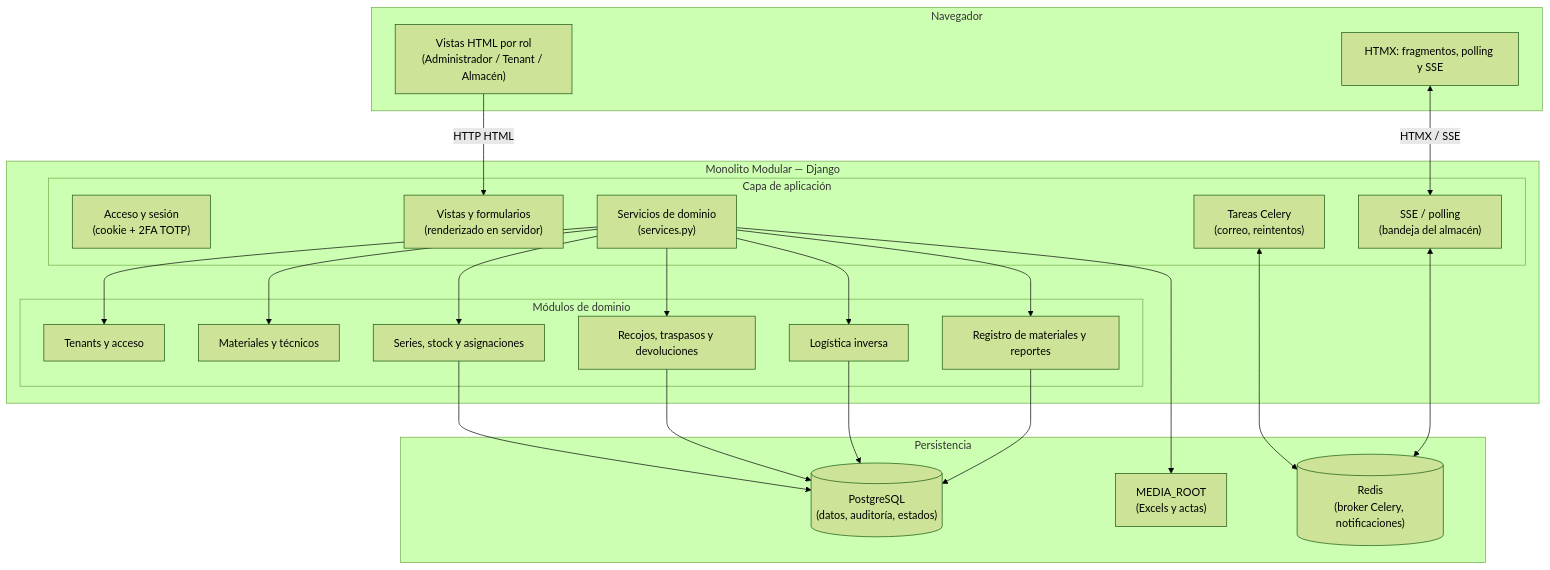
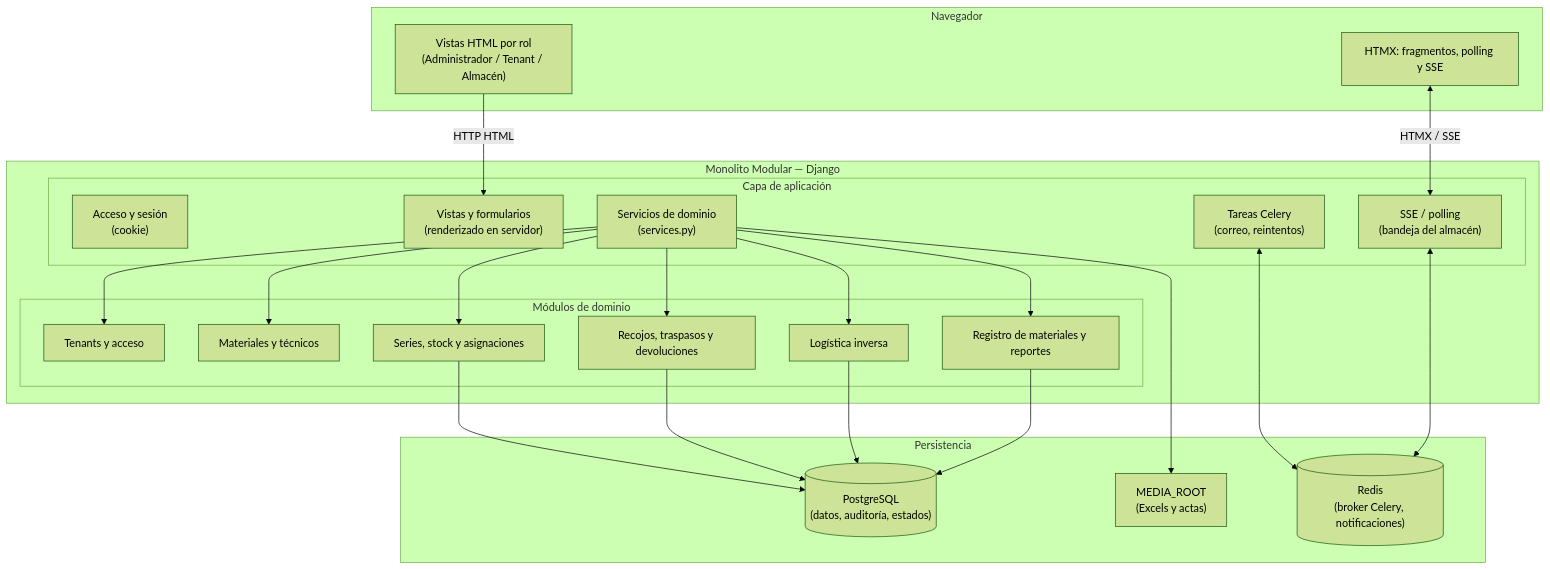
Before and after one commit to Klidsman/Lari_sistema-arquitSoft-02-Klidsman: the diagram in docs/02-arquitectura-software/arquitectura.md, drawn with Mermaid (forest theme). The commit also changed 81 other files, not shown here.

````diff
--- a/docs/02-arquitectura-software/arquitectura.md
+++ b/docs/02-arquitectura-software/arquitectura.md
@@ -5,48 +5,48 @@
 ```mermaid
 flowchart TB
     subgraph Cliente["Navegador"]
         V1["Vistas HTML por rol<br/>(Administrador / Tenant / Almacén)"]
         V2["HTMX: fragmentos, polling y SSE"]
     end
 
     subgraph Monolito["Monolito Modular — Django"]
         subgraph Aplicacion["Capa de aplicación"]
-            C1["Acceso y sesión<br/>(cookie + 2FA TOTP)"]
+            C1["Acceso y sesión<br/>(cookie)"]
             C2["Vistas y formularios<br/>(renderizado en servidor)"]
             C3["Servicios de dominio<br/>(services.py)"]
             C4["Tareas Celery<br/>(correo, reintentos)"]
             C5["SSE / polling<br/>(bandeja del almacén)"]
         end
 
         subgraph Dominio["Módulos de dominio"]
             M1["Tenants y acceso"]
             M2["Materiales y técnicos"]
             M3["Series, stock y asignaciones"]
             M4["Recojos, traspasos y devoluciones"]
             M5["Logística inversa"]
             M6["Registro de materiales y reportes"]
         end
     end
 
     subgraph Persistencia["Persistencia"]
         PG[("PostgreSQL<br/>(datos, auditoría, estados)")]
         RD[("Redis<br/>(broker Celery, notificaciones)")]
         FS["MEDIA_ROOT<br/>(Excels y actas)"]
     end
 
     V1 -->|HTTP HTML| C2
     V2 <-->|HTMX / SSE| C5
     C3 --> M1
     C3 --> M2
     C3 --> M3
     C3 --> M4
     C3 --> M5
     C3 --> M6
     C4 <--> RD
     C5 <--> RD
     M3 --> PG
     M4 --> PG
     M5 --> PG
     M6 --> PG
     C3 --> FS
 ```
````
